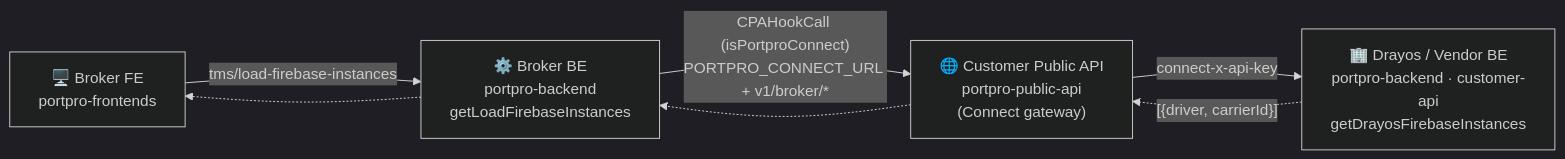
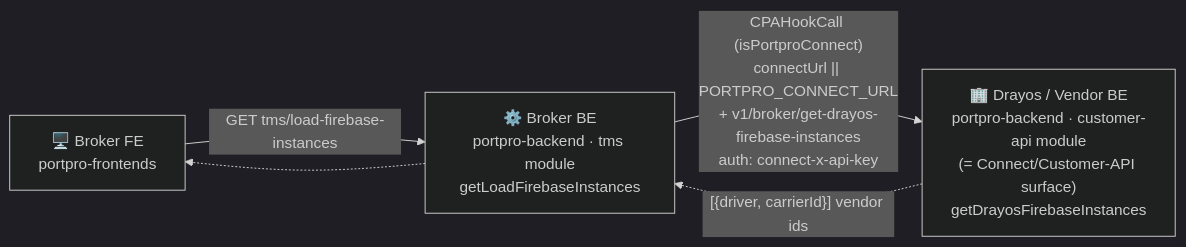
Before and after one commit to lamadev7/Obsidian-Vault: the first of 3 diagrams in raw/Live Tracking Architecture/02 - Flow 2 - Broker to Connected Carrier.md, drawn with Mermaid (dark theme). The commit also changed other lines of this file and 3 other files, not shown here.

Commit message:
Correct hop chain: no portpro-public-api layer; Connect API = portpro-backend customer-api on Drayos BE

````diff
--- a/raw/Live Tracking Architecture/02 - Flow 2 - Broker to Connected Carrier.md
+++ b/raw/Live Tracking Architecture/02 - Flow 2 - Broker to Connected Carrier.md
@@ -18,7 +20,7 @@
 ```mermaid
 flowchart LR
-  FE["🖥️ Broker FE<br/>portpro-frontends"] -->|"tms/load-firebase-instances"| BE["⚙️ Broker BE<br/>portpro-backend<br/>getLoadFirebaseInstances"]
-  BE -->|"CPAHookCall (isPortproConnect)<br/>PORTPRO_CONNECT_URL + v1/broker/*"| PA["🌐 Customer Public API<br/>portpro-public-api<br/>(Connect gateway)"]
-  PA -->|"connect-x-api-key"| DE["🏢 Drayos / Vendor BE<br/>portpro-backend · customer-api<br/>getDrayosFirebaseInstances"]
-  DE -.->|"[{driver, carrierId}]"| PA -.-> BE -.-> FE
+  FE["🖥️ Broker FE<br/>portpro-frontends"] -->|"GET tms/load-firebase-instances"| BE["⚙️ Broker BE<br/>portpro-backend · tms module<br/>getLoadFirebaseInstances"]
+  BE -->|"CPAHookCall (isPortproConnect)<br/>connectUrl || PORTPRO_CONNECT_URL<br/>+ v1/broker/get-drayos-firebase-instances<br/>auth: connect-x-api-key"| DE["🏢 Drayos / Vendor BE<br/>portpro-backend · customer-api module<br/>(= Connect/Customer-API surface)<br/>getDrayosFirebaseInstances"]
+  DE -.->|"[{driver, carrierId}] vendor ids"| BE
+  BE -.-> FE
 ```
````
